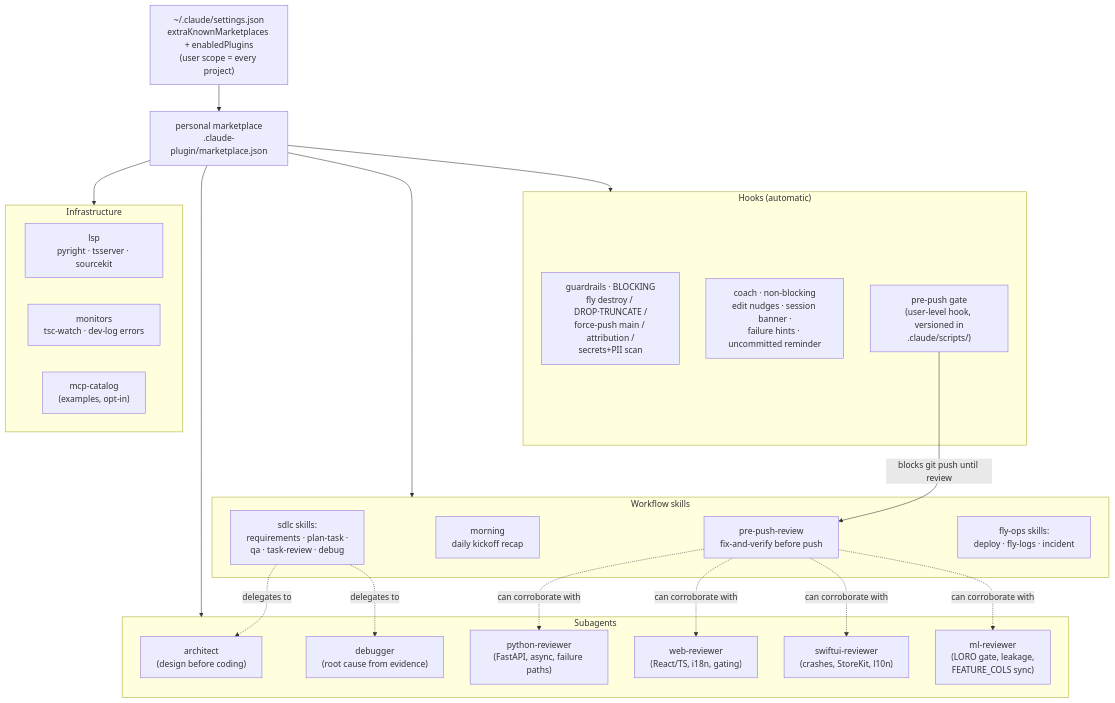
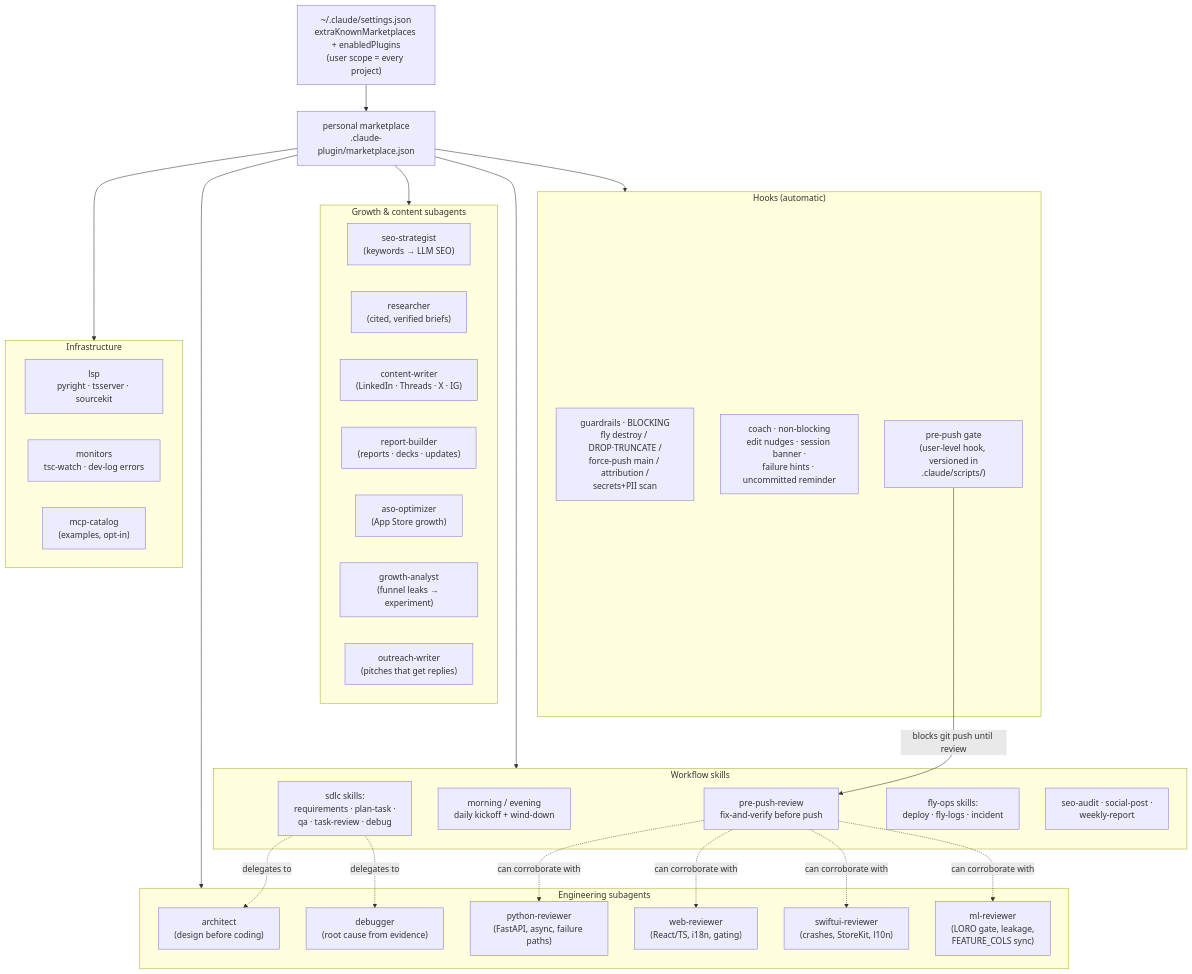
One commit to kulykivska/claude-plugins changed the first of 2 diagrams in README.md. Above: the diagram before and after it, drawn with Mermaid. The commit also changed other lines of this file and 22 other files, not shown here.

Commit message:
feat: growth agent packs (seo, research, content, reports, biz) + evening skill, bigger hud diagram

````diff
--- a/README.md
+++ b/README.md
@@ -15,47 +14,59 @@
 ```mermaid
 flowchart TB
     settings["~/.claude/settings.json<br/>extraKnownMarketplaces + enabledPlugins<br/>(user scope = every project)"]
     mp["personal marketplace<br/>.claude-plugin/marketplace.json"]
     settings --> mp
 
     subgraph workflow["Workflow skills"]
         ppr["pre-push-review<br/>fix-and-verify before push"]
-        morn["morning<br/>daily kickoff recap"]
+        morn["morning / evening<br/>daily kickoff + wind-down"]
         sdlcS["sdlc skills:<br/>requirements · plan-task ·<br/>qa · task-review · debug"]
         flyops["fly-ops skills:<br/>deploy · fly-logs · incident"]
+        bizS["seo-audit · social-post ·<br/>weekly-report"]
     end
 
-    subgraph agents["Subagents"]
+    subgraph agents["Engineering subagents"]
         arch["architect<br/>(design before coding)"]
         dbg["debugger<br/>(root cause from evidence)"]
         pyr["python-reviewer<br/>(FastAPI, async, failure paths)"]
         webr["web-reviewer<br/>(React/TS, i18n, gating)"]
         swiftr["swiftui-reviewer<br/>(crashes, StoreKit, l10n)"]
         mlr["ml-reviewer<br/>(LORO gate, leakage,<br/>FEATURE_COLS sync)"]
+    end
+
+    subgraph growth["Growth & content subagents"]
+        seoA["seo-strategist<br/>(keywords → LLM SEO)"]
+        resA["researcher<br/>(cited, verified briefs)"]
+        cwA["content-writer<br/>(LinkedIn · Threads · X · IG)"]
+        rbA["report-builder<br/>(reports · decks · updates)"]
+        asoA["aso-optimizer<br/>(App Store growth)"]
+        gaA["growth-analyst<br/>(funnel leaks → experiment)"]
+        owA["outreach-writer<br/>(pitches that get replies)"]
     end
 
     subgraph hooks["Hooks (automatic)"]
         guard["guardrails · BLOCKING<br/>fly destroy / DROP·TRUNCATE /<br/>force-push main / attribution /<br/>secrets+PII scan"]
         coachh["coach · non-blocking<br/>edit nudges · session banner ·<br/>failure hints · uncommitted reminder"]
         gate["pre-push gate<br/>(user-level hook, versioned in<br/>.claude/scripts/)"]
     end
 
     subgraph infra["Infrastructure"]
         lspP["lsp<br/>pyright · tsserver · sourcekit"]
         mon["monitors<br/>tsc-watch · dev-log errors"]
         mcpC["mcp-catalog<br/>(examples, opt-in)"]
     end
 
     mp --> workflow
     mp --> agents
+    mp --> growth
     mp --> hooks
     mp --> infra
 
     sdlcS -. delegates to .-> arch
     sdlcS -. delegates to .-> dbg
     ppr -. can corroborate with .-> pyr
     ppr -. can corroborate with .-> webr
     ppr -. can corroborate with .-> swiftr
     ppr -. can corroborate with .-> mlr
     gate -- blocks git push until review --> ppr
 ```
````
